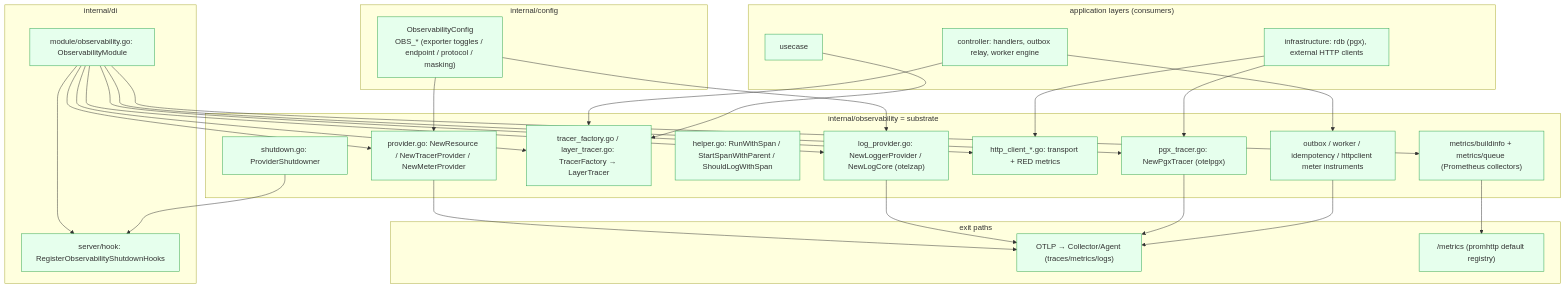
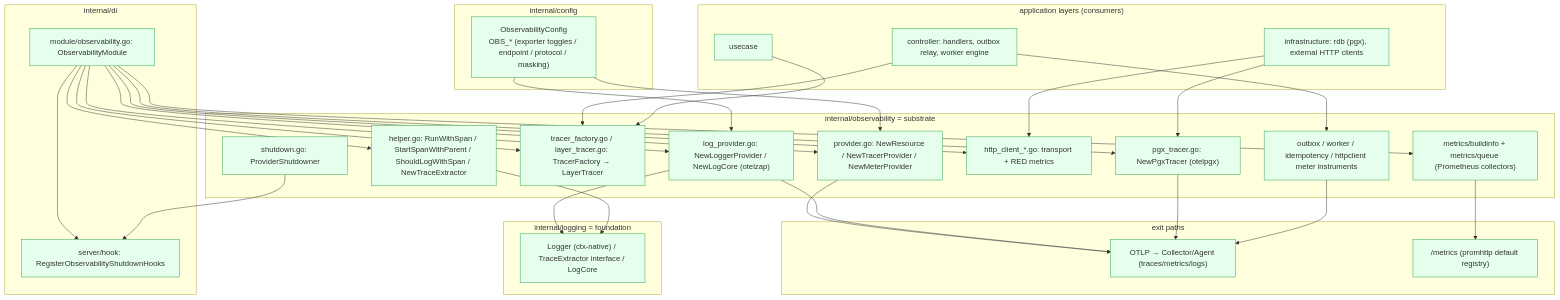
Before and after one commit to Tomy-ch/go-boilerplate: the third of 4 diagrams in docs/design/observability.md, drawn with Mermaid. The commit also changed other lines of this file and 3 other files, not shown here.

First line of the commit message:
Docs: ADR-0059 と observability 設計図を ctx-native ロギングに追随

````diff
--- a/docs/design/observability.md
+++ b/docs/design/observability.md
@@ -89,54 +89,60 @@
 ```mermaid
 flowchart TD
     subgraph cfgL["internal/config"]
         OBSCFG["ObservabilityConfig<br/>OBS_* (exporter toggles / endpoint / protocol / masking)"]
     end
     subgraph obsL["internal/observability = substrate"]
         PROV["provider.go: NewResource / NewTracerProvider / NewMeterProvider"]
         LOGP["log_provider.go: NewLoggerProvider / NewLogCore (otelzap)"]
         TF["tracer_factory.go / layer_tracer.go: TracerFactory → LayerTracer"]
-        HELP["helper.go: RunWithSpan / StartSpanWithParent / ShouldLogWithSpan"]
+        HELP["helper.go: RunWithSpan / StartSpanWithParent / ShouldLogWithSpan / NewTraceExtractor"]
         PGX["pgx_tracer.go: NewPgxTracer (otelpgx)"]
         HC["http_client_*.go: transport + RED metrics"]
         MET["outbox / worker / idempotency / httpclient meter instruments"]
         PROM["metrics/buildinfo + metrics/queue (Prometheus collectors)"]
         SD["shutdown.go: ProviderShutdowner"]
     end
     subgraph diL["internal/di"]
         DIM["module/observability.go: ObservabilityModule"]
         HOOK["server/hook: RegisterObservabilityShutdownHooks"]
     end
     subgraph appL["application layers (consumers)"]
         CTRL["controller: handlers, outbox relay, worker engine"]
         UC["usecase"]
         INFRA["infrastructure: rdb (pgx), external HTTP clients"]
     end
+    subgraph logL["internal/logging = foundation"]
+        LOGGING["Logger (ctx-native) / TraceExtractor interface / LogCore"]
+    end
     subgraph exitL["exit paths"]
         OTLP["OTLP → Collector/Agent (traces/metrics/logs)"]
         SCRAPE["/metrics (promhttp default registry)"]
     end
 
     OBSCFG --> PROV
     OBSCFG --> LOGP
     DIM --> PROV
     DIM --> LOGP
     DIM --> TF
     DIM --> PGX
     DIM --> HC
     DIM --> PROM
     DIM --> HOOK
+    DIM --> HELP
     SD --> HOOK
+    LOGP --> LOGGING
+    HELP --> LOGGING
     CTRL --> TF
     UC --> TF
     INFRA --> PGX
     INFRA --> HC
     CTRL --> MET
     PROV --> OTLP
     LOGP --> OTLP
     PGX --> OTLP
     MET --> OTLP
     PROM --> SCRAPE
 
     classDef done fill:#e6ffed,stroke:#2da44e;
-    class OBSCFG,PROV,LOGP,TF,HELP,PGX,HC,MET,PROM,SD,DIM,HOOK,CTRL,UC,INFRA,OTLP,SCRAPE done;
+    class OBSCFG,PROV,LOGP,TF,HELP,PGX,HC,MET,PROM,SD,DIM,HOOK,CTRL,UC,INFRA,LOGGING,OTLP,SCRAPE done;
 ```
````
